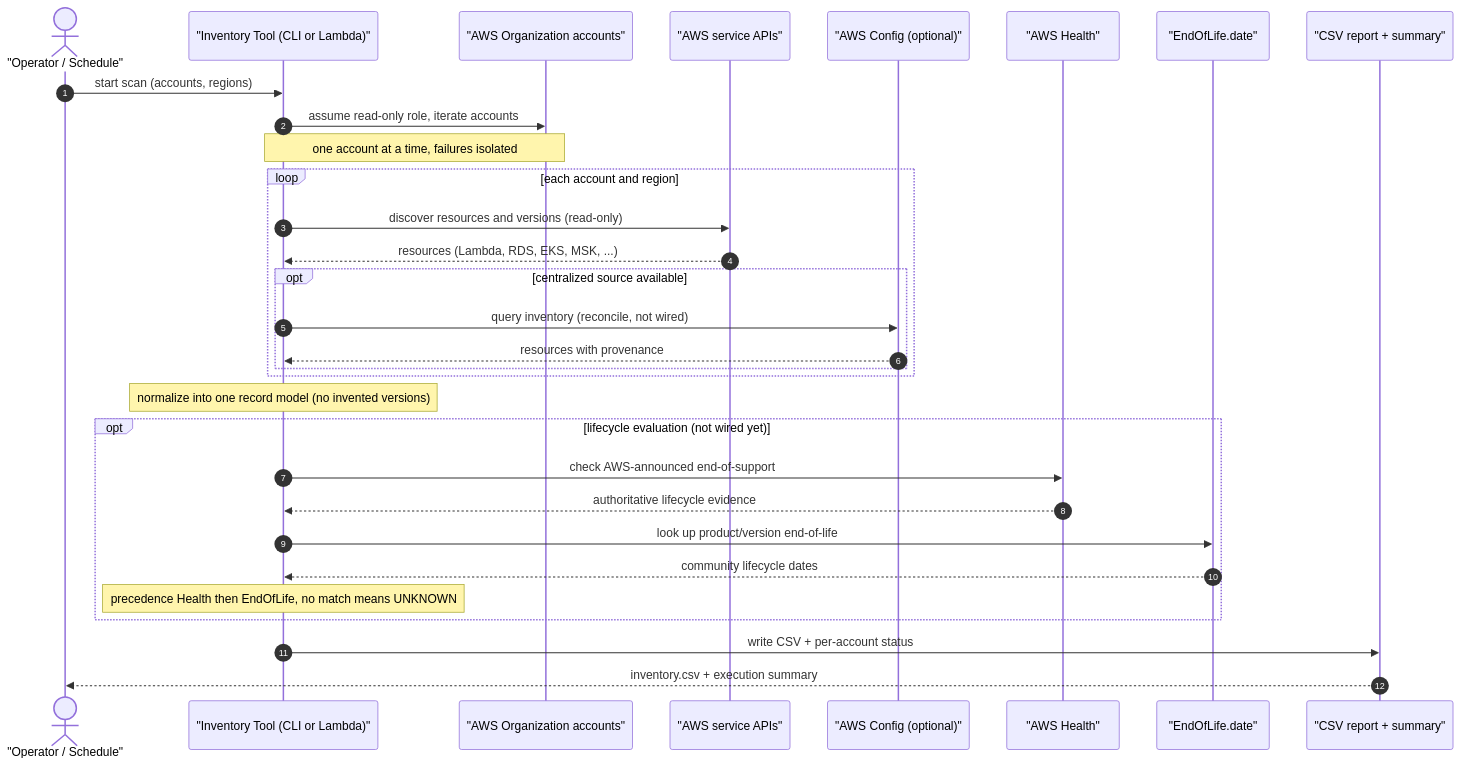
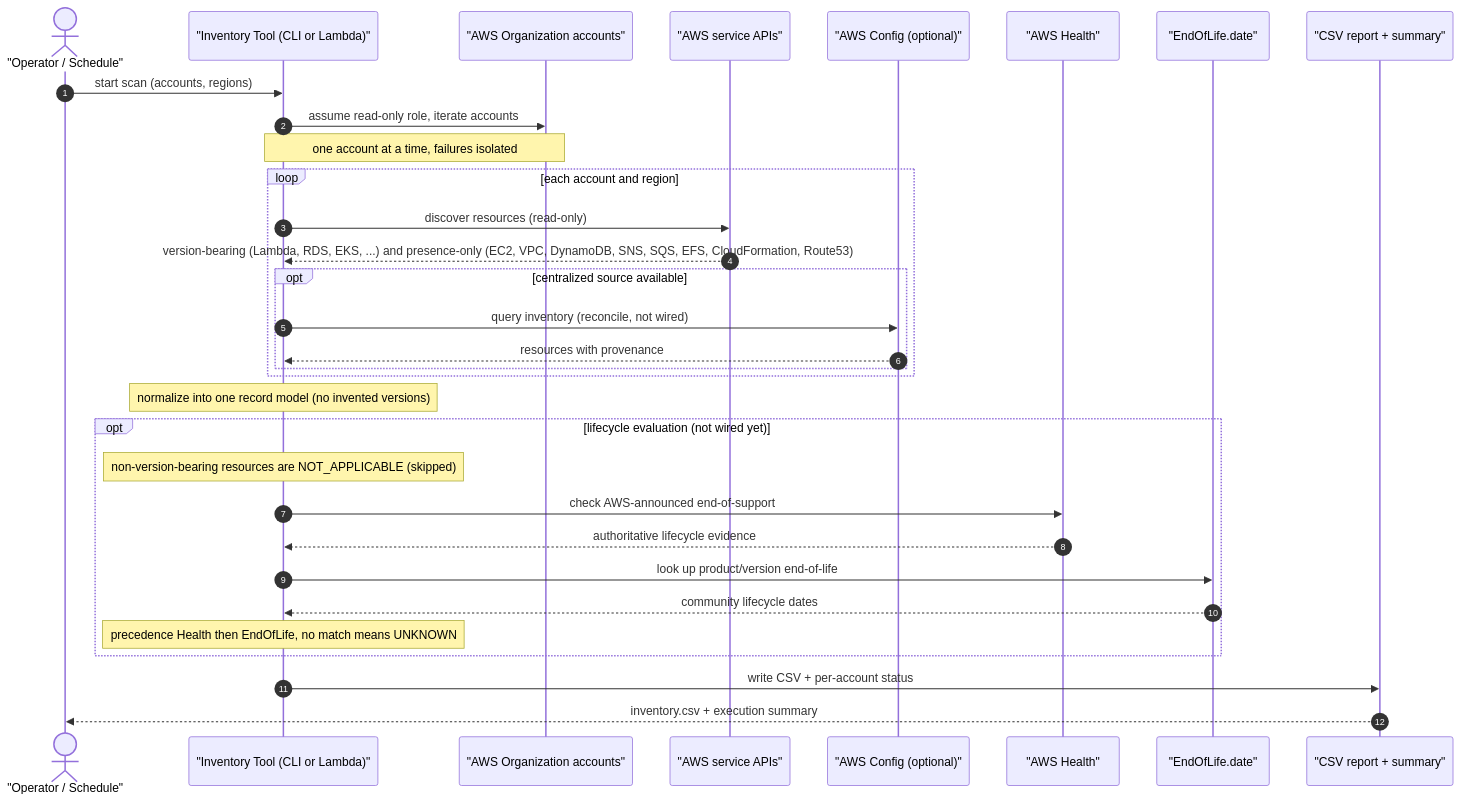
The diagram in docs/diagrams/execution-sequence.mmd (pazfernando/aws-inventory-poc), drawn with Mermaid before and after one commit. The commit also changed 30 other files, not shown here.

First line of the commit message:
feat: general (non-version-bearing) resource inventory

```diff
--- a/docs/diagrams/execution-sequence.mmd
+++ b/docs/diagrams/execution-sequence.mmd
@@ -1,37 +1,38 @@
 sequenceDiagram
     autonumber
     actor User as "Operator / Schedule"
     participant Tool as "Inventory Tool (CLI or Lambda)"
     participant Org as "AWS Organization accounts"
     participant AWS as "AWS service APIs"
     participant Config as "AWS Config (optional)"
     participant Health as "AWS Health"
     participant EOL as "EndOfLife.date"
     participant Report as "CSV report + summary"
 
     User->>Tool: start scan (accounts, regions)
 
     Tool->>Org: assume read-only role, iterate accounts
     Note over Tool,Org: one account at a time, failures isolated
 
     loop each account and region
-        Tool->>AWS: discover resources and versions (read-only)
-        AWS-->>Tool: resources (Lambda, RDS, EKS, MSK, ...)
+        Tool->>AWS: discover resources (read-only)
+        AWS-->>Tool: version-bearing (Lambda, RDS, EKS, ...) and presence-only (EC2, VPC, DynamoDB, SNS, SQS, EFS, CloudFormation, Route53)
         opt centralized source available
             Tool->>Config: query inventory (reconcile, not wired)
             Config-->>Tool: resources with provenance
         end
     end
 
     Note over Tool: normalize into one record model (no invented versions)
 
     opt lifecycle evaluation (not wired yet)
+        Note over Tool: non-version-bearing resources are NOT_APPLICABLE (skipped)
         Tool->>Health: check AWS-announced end-of-support
         Health-->>Tool: authoritative lifecycle evidence
         Tool->>EOL: look up product/version end-of-life
         EOL-->>Tool: community lifecycle dates
         Note over Tool: precedence Health then EndOfLife, no match means UNKNOWN
     end
 
     Tool->>Report: write CSV + per-account status
     Report-->>User: inventory.csv + execution summary
```
